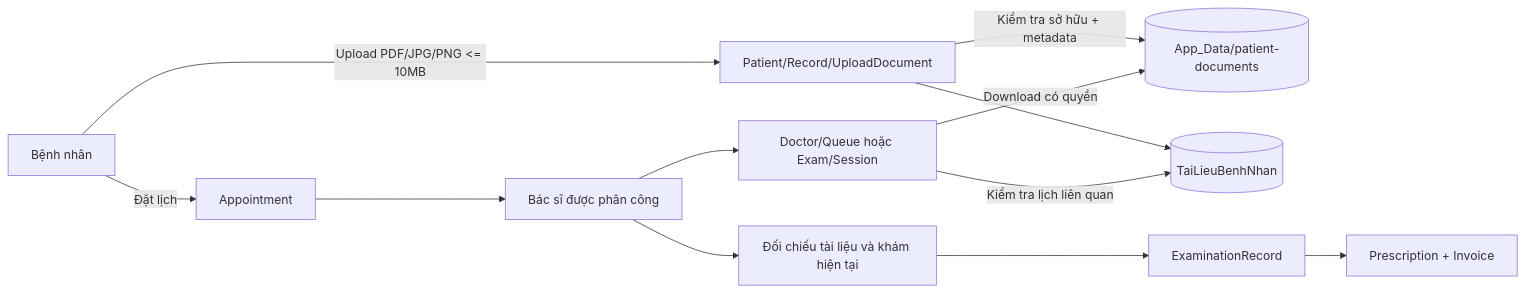
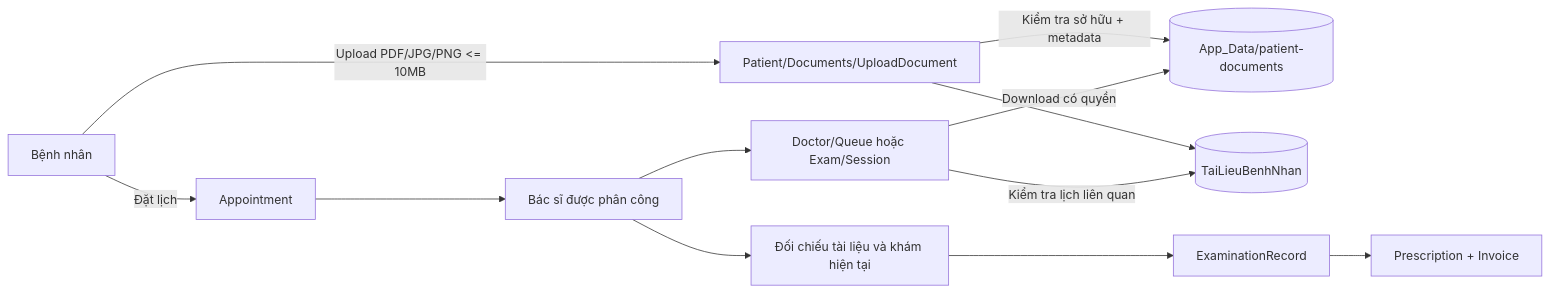
The third of 3 diagrams in docs/MVC-STRUCTURE.md (ngutr88/Quan-Ly-BV), drawn with Mermaid before and after one commit. The commit also changed other lines of this file, not shown here.

````diff
--- a/docs/MVC-STRUCTURE.md
+++ b/docs/MVC-STRUCTURE.md
@@ -144,14 +201,14 @@
 ```mermaid
 flowchart LR
-    P[Bệnh nhân] -->|Upload PDF/JPG/PNG <= 10MB| U[Patient/Record/UploadDocument]
+    P[Bệnh nhân] -->|Upload PDF/JPG/PNG <= 10MB| U[Patient/Documents/UploadDocument]
     U -->|Kiểm tra sở hữu + metadata| F[(App_Data/patient-documents)]
     U --> D[(TaiLieuBenhNhan)]
     P -->|Đặt lịch| A[Appointment]
     A --> B[Bác sĩ được phân công]
     B --> Q[Doctor/Queue hoặc Exam/Session]
     Q -->|Kiểm tra lịch liên quan| D
     Q -->|Download có quyền| F
     B --> E[Đối chiếu tài liệu và khám hiện tại]
     E --> R[ExaminationRecord]
     R --> RX[Prescription + Invoice]
 ```
````
